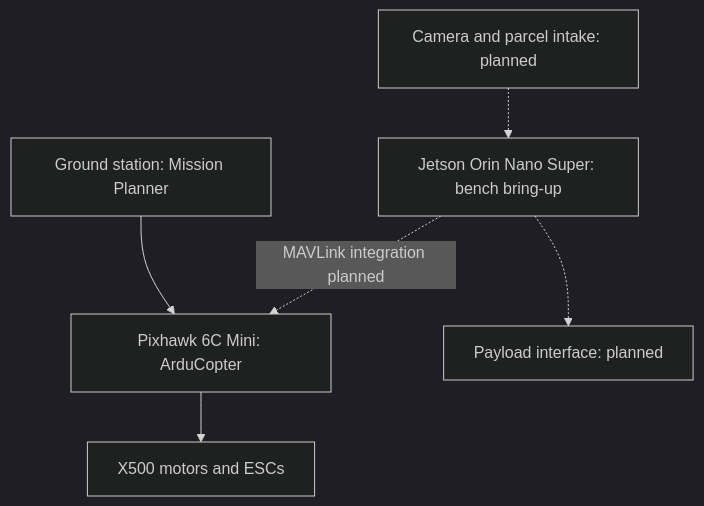
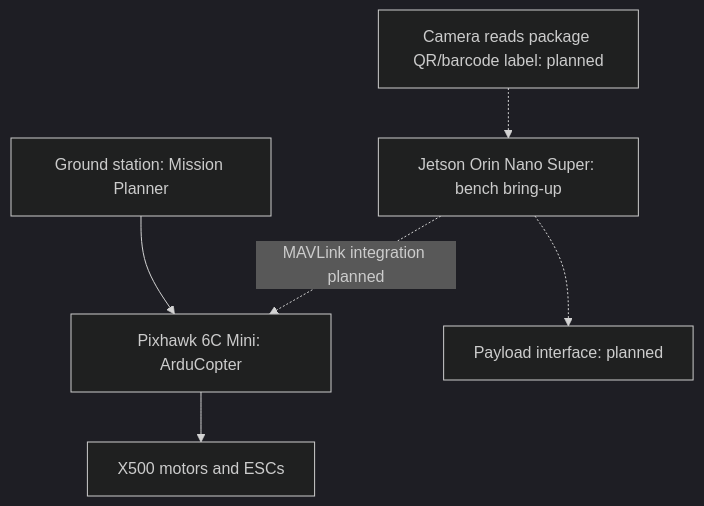
The diagram in README.md (flaeehm-cmyk/x500-autonomous-delivery-system), drawn with Mermaid (dark theme) before and after one commit. The commit also changed other lines of this file and 4 other files, not shown here.

First line of the commit message:
Document package QR/barcode labels and Jetson flight-path planning

````diff
--- a/README.md
+++ b/README.md
@@ -38,8 +38,8 @@
 ```mermaid
 flowchart TD
     G["Ground station: Mission Planner"] --> F["Pixhawk 6C Mini: ArduCopter"]
     F --> A["X500 motors and ESCs"]
-    C["Camera and parcel intake: planned"] -.-> J["Jetson Orin Nano Super: bench bring-up"]
+    C["Camera reads package QR/barcode label: planned"] -.-> J["Jetson Orin Nano Super: bench bring-up"]
     J -. "MAVLink integration planned" .-> F
     J -.-> P["Payload interface: planned"]
 ```
````
